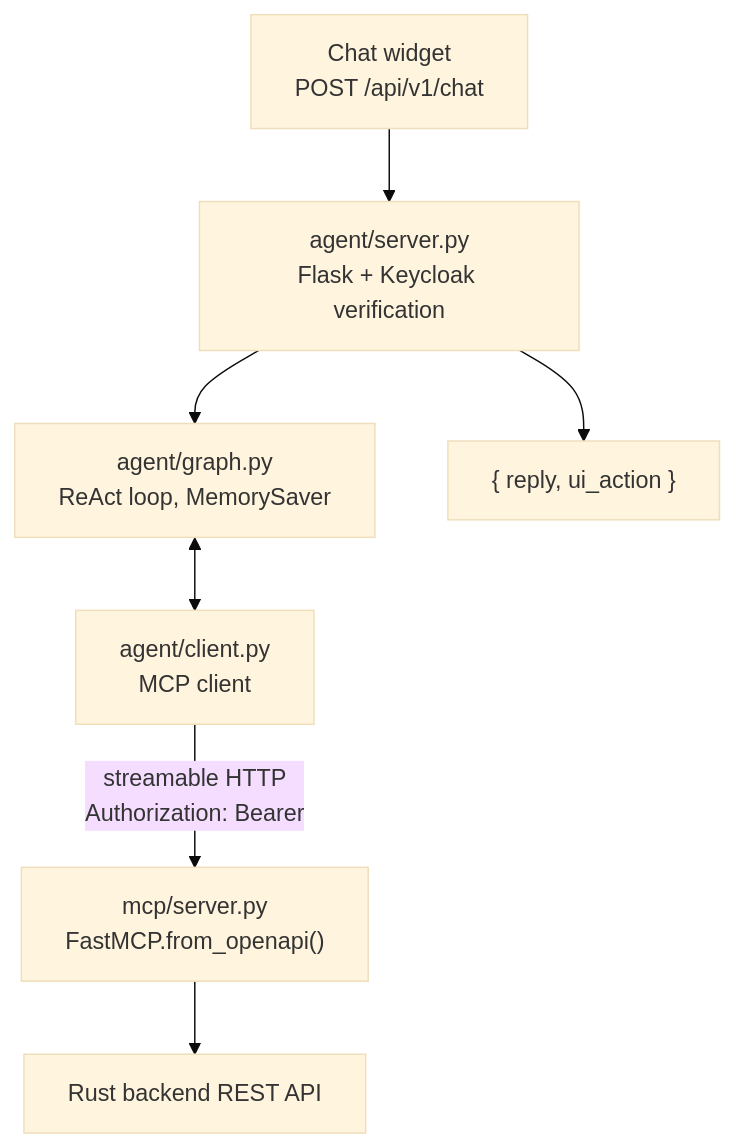
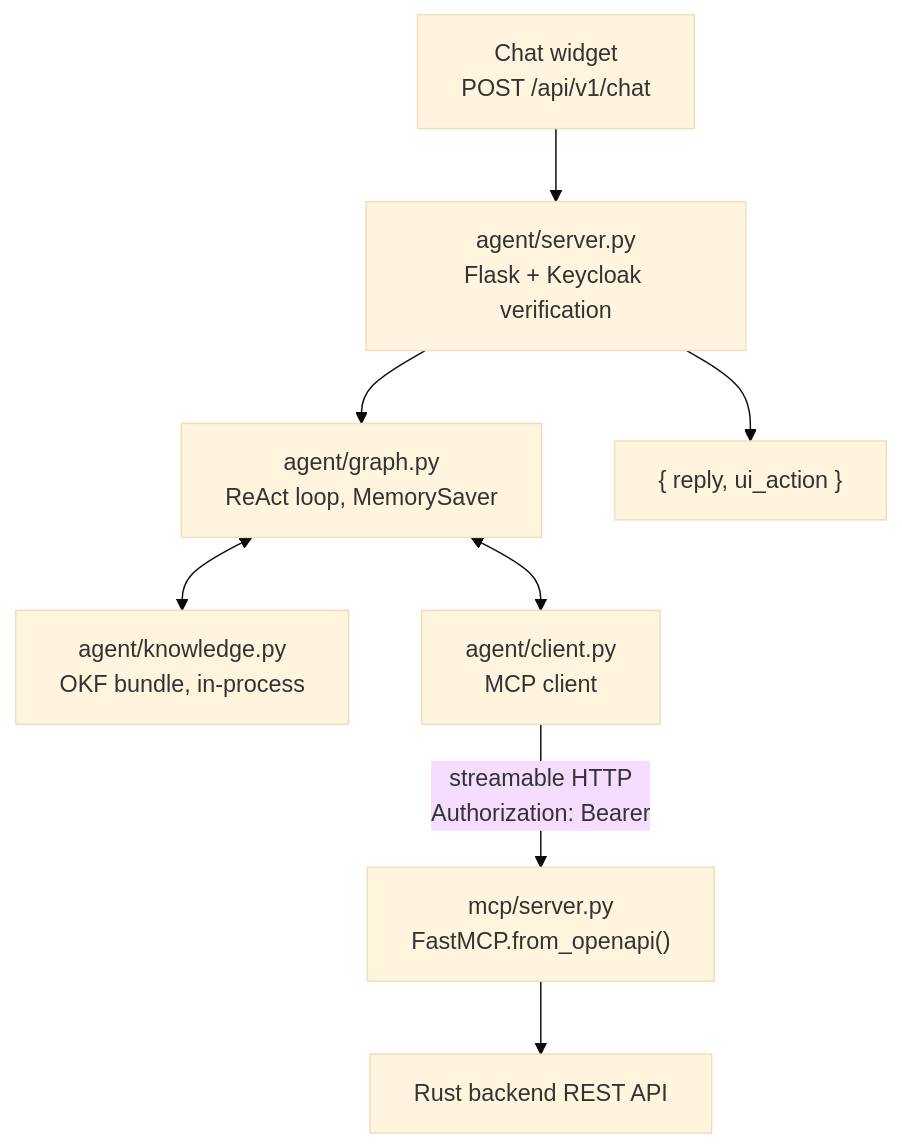
One commit to uid09552/shift changed the diagram in docs/agent.md. Above: the diagram before and after it, drawn with Mermaid (base theme). The commit also changed other lines of this file and 18 other files, not shown here.

Commit message:
knowledge graph

````diff
--- a/docs/agent.md
+++ b/docs/agent.md
@@ -10,9 +15,10 @@
 ```mermaid
 flowchart TB
     W["Chat widget<br/>POST /api/v1/chat"] --> S["agent/server.py<br/>Flask + Keycloak verification"]
     S --> G["agent/graph.py<br/>ReAct loop, MemorySaver"]
+    G <--> K["agent/knowledge.py<br/>OKF bundle, in-process"]
     G <--> C["agent/client.py<br/>MCP client"]
     C -->|"streamable HTTP<br/>Authorization: Bearer"| M["mcp/server.py<br/>FastMCP.from_openapi()"]
     M --> B["Rust backend REST API"]
     S --> R["{ reply, ui_action }"]
 ```
````
